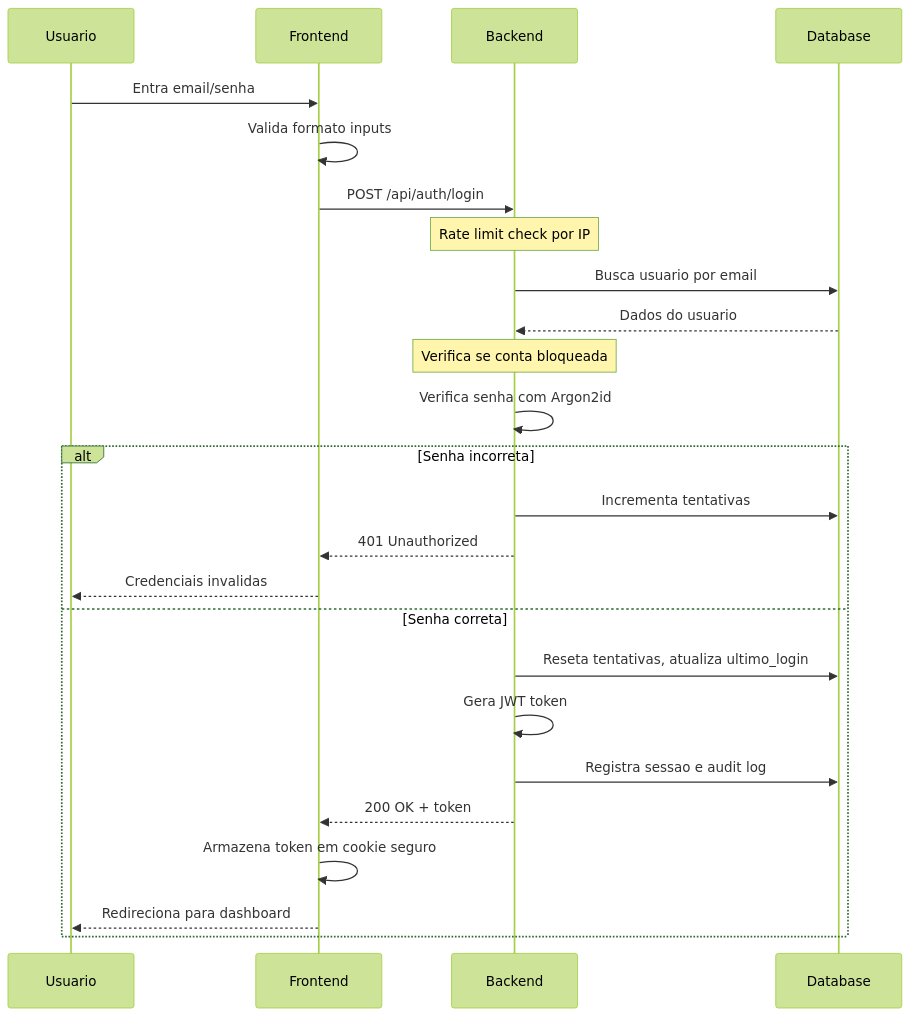
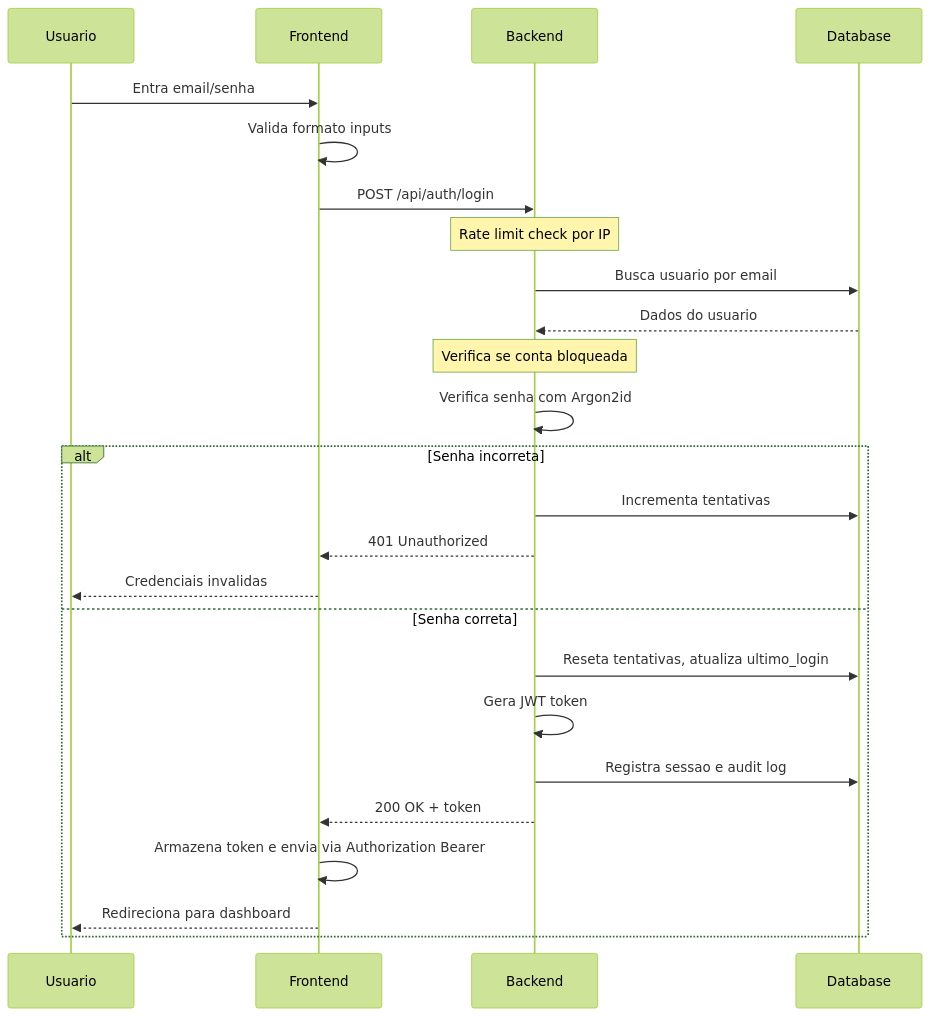
The first of 3 diagrams in plans/autenticacao-homefinance.md (lopestd/homefinance), drawn with Mermaid (forest theme) before and after one commit. The commit also changed other lines of this file and 9 other files, not shown here.

````diff
--- a/plans/autenticacao-homefinance.md
+++ b/plans/autenticacao-homefinance.md
@@ -141,28 +141,28 @@
 ```mermaid
 sequenceDiagram
     participant U as Usuario
     participant F as Frontend
     participant B as Backend
     participant DB as Database
 
     U->>F: Entra email/senha
     F->>F: Valida formato inputs
     F->>B: POST /api/auth/login
     Note over B: Rate limit check por IP
     B->>DB: Busca usuario por email
     DB-->>B: Dados do usuario
     Note over B: Verifica se conta bloqueada
     B->>B: Verifica senha com Argon2id
     alt Senha incorreta
         B->>DB: Incrementa tentativas
         B-->>F: 401 Unauthorized
         F-->>U: Credenciais invalidas
     else Senha correta
         B->>DB: Reseta tentativas, atualiza ultimo_login
         B->>B: Gera JWT token
         B->>DB: Registra sessao e audit log
         B-->>F: 200 OK + token
-        F->>F: Armazena token em cookie seguro
+        F->>F: Armazena token e envia via Authorization Bearer
         F-->>U: Redireciona para dashboard
     end
 ```
````
